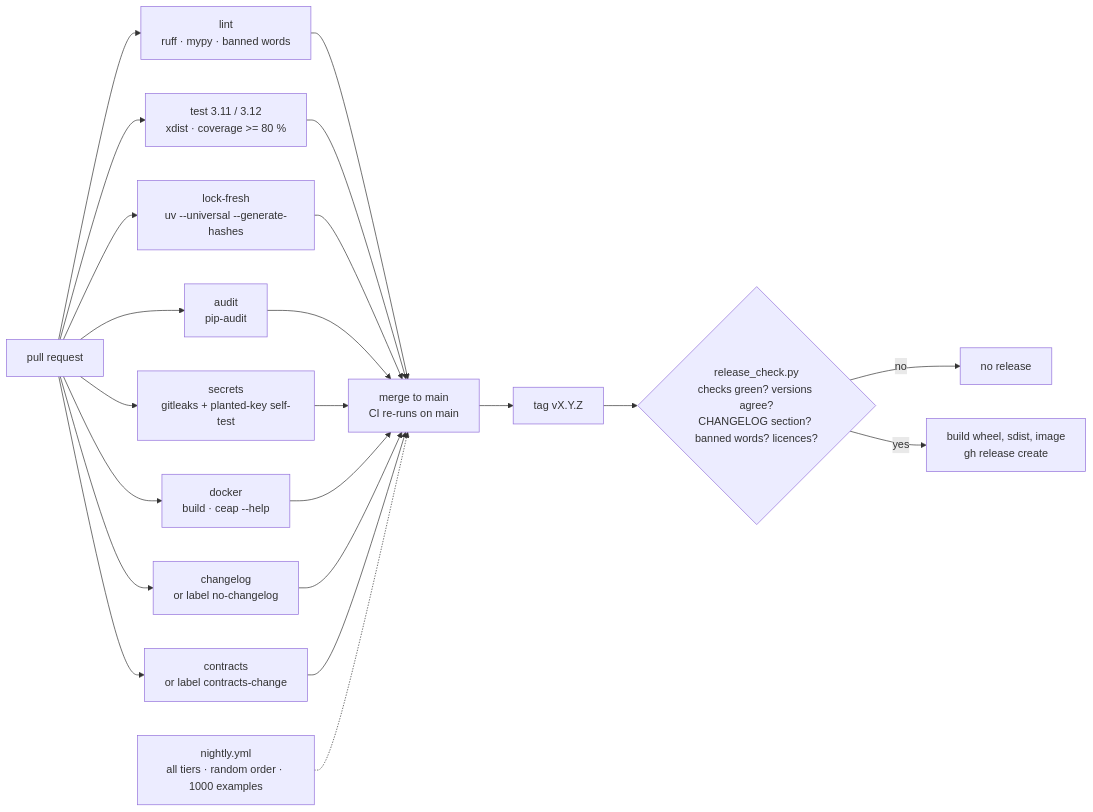
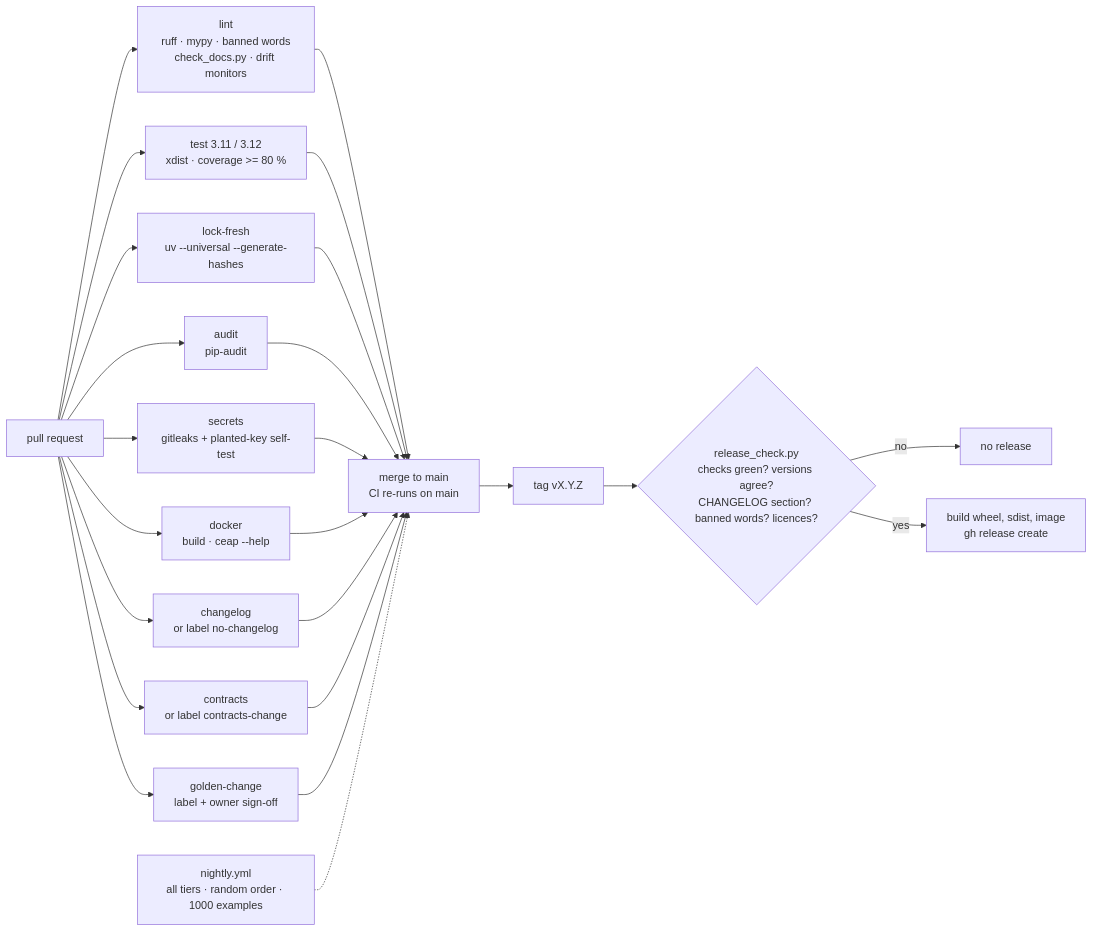
One commit to AshJha0/AgenticAICashEquities changed the tenth of 11 diagrams in docs/DIAGRAMS.md. Above: the diagram before and after it, drawn with Mermaid. The commit also changed other lines of this file and 11 other files, not shown here.

````diff
--- a/docs/DIAGRAMS.md
+++ b/docs/DIAGRAMS.md
@@ -319,17 +319,18 @@
 ```mermaid
 flowchart LR
-    PR["pull request"] --> L["lint<br/>ruff · mypy · banned words"]
+    PR["pull request"] --> L["lint<br/>ruff · mypy · banned words<br/>check_docs.py · drift monitors"]
     PR --> T["test 3.11 / 3.12<br/>xdist · coverage >= 80 %"]
     PR --> LF["lock-fresh<br/>uv --universal --generate-hashes"]
     PR --> A["audit<br/>pip-audit"]
     PR --> S["secrets<br/>gitleaks + planted-key self-test"]
     PR --> D["docker<br/>build · ceap --help"]
     PR --> C["changelog<br/>or label no-changelog"]
     PR --> K["contracts<br/>or label contracts-change"]
-    L & T & LF & A & S & D & C & K --> M["merge to main<br/>CI re-runs on main"]
+    PR --> GC["golden-change<br/>label + owner sign-off"]
+    L & T & LF & A & S & D & C & K & GC --> M["merge to main<br/>CI re-runs on main"]
     M --> TAG["tag vX.Y.Z"]
     TAG --> G{"release_check.py<br/>checks green? versions agree?<br/>CHANGELOG section? banned words? licences?"}
     G -- no --> X["no release"]
     G -- yes --> P["build wheel, sdist, image<br/>gh release create"]
     N["nightly.yml<br/>all tiers · random order · 1000 examples"] -.-> M
 ```
````
